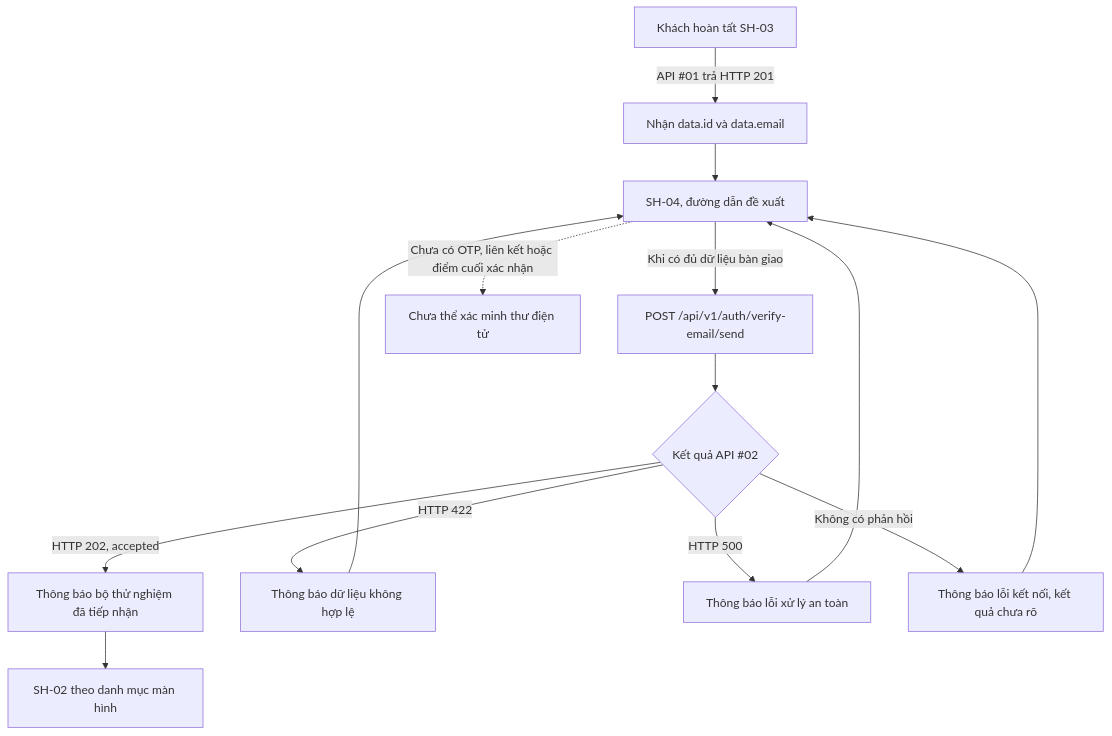
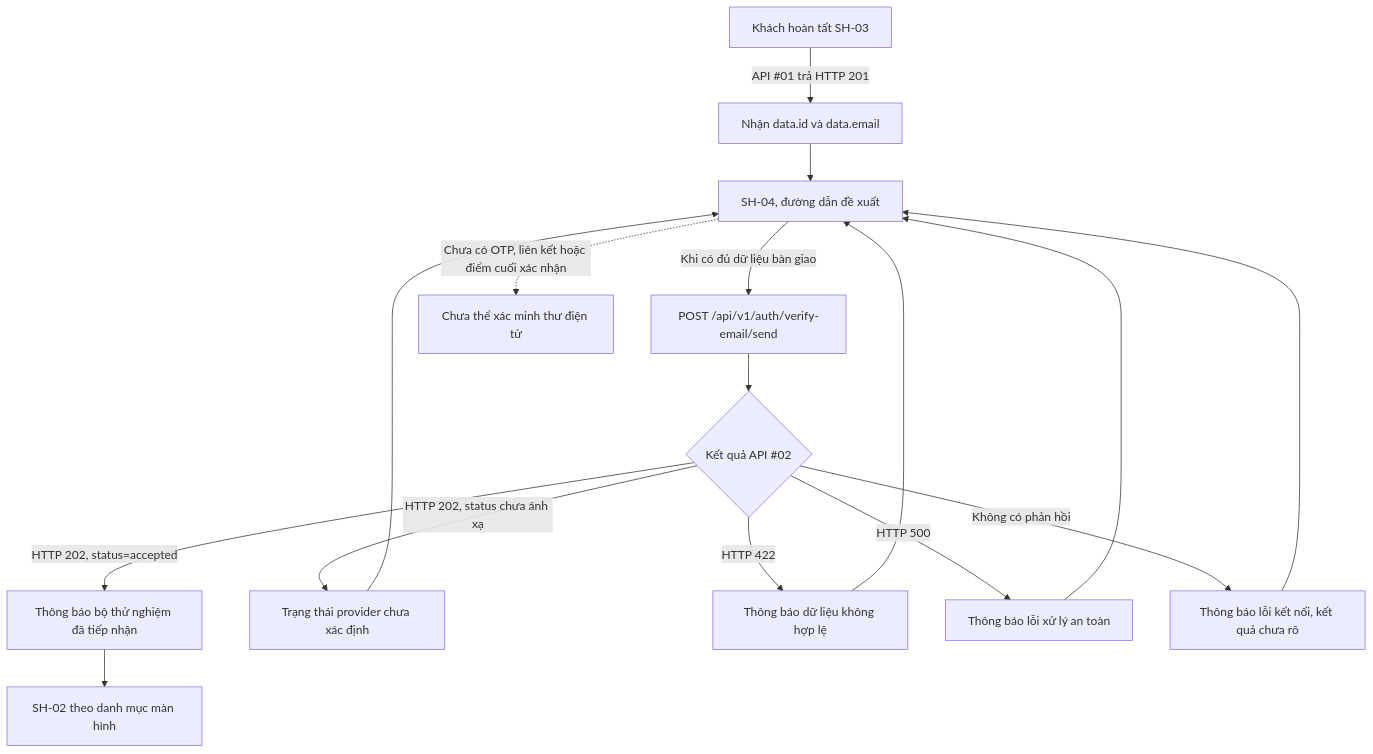
The first of 2 diagrams in apps/study-client/docs/screen_stitch/01_shared_auth_system/SH-04_handoff-xac-thuc-email/SH-04.md (daovanhung-dev/Study2Work), drawn with Mermaid before and after one commit. The commit also changed other lines of this file and 544 other files, not shown here.

````diff
--- a/apps/study-client/docs/screen_stitch/01_shared_auth_system/SH-04_handoff-xac-thuc-email/SH-04.md
+++ b/apps/study-client/docs/screen_stitch/01_shared_auth_system/SH-04_handoff-xac-thuc-email/SH-04.md
@@ -46,16 +66,18 @@
 ```mermaid
 flowchart TD
     A[Khách hoàn tất SH-03] -->|API #01 trả HTTP 201| B[Nhận data.id và data.email]
     B --> C[SH-04, đường dẫn đề xuất]
     C -->|Khi có đủ dữ liệu bàn giao| D[POST /api/v1/auth/verify-email/send]
     D --> E{Kết quả API #02}
-    E -->|HTTP 202, accepted| F[Thông báo bộ thử nghiệm đã tiếp nhận]
+    E -->|HTTP 202, status=accepted| F[Thông báo bộ thử nghiệm đã tiếp nhận]
+    E -->|HTTP 202, status chưa ánh xạ| L[Trạng thái provider chưa xác định]
     E -->|HTTP 422| G[Thông báo dữ liệu không hợp lệ]
     E -->|HTTP 500| H[Thông báo lỗi xử lý an toàn]
     E -->|Không có phản hồi| I[Thông báo lỗi kết nối, kết quả chưa rõ]
     F --> J[SH-02 theo danh mục màn hình]
+    L --> C
     G --> C
     H --> C
     I --> C
     C -. Chưa có OTP, liên kết hoặc điểm cuối xác nhận .-> K[Chưa thể xác minh thư điện tử]
 ```
````
